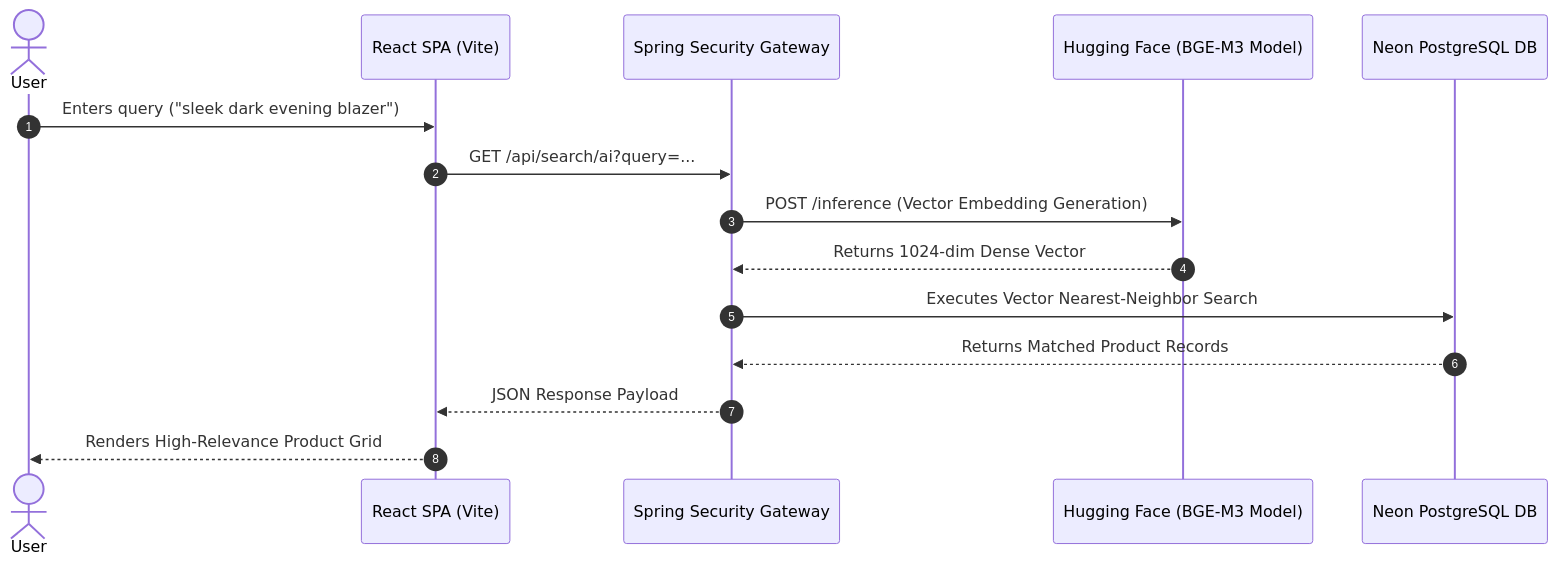
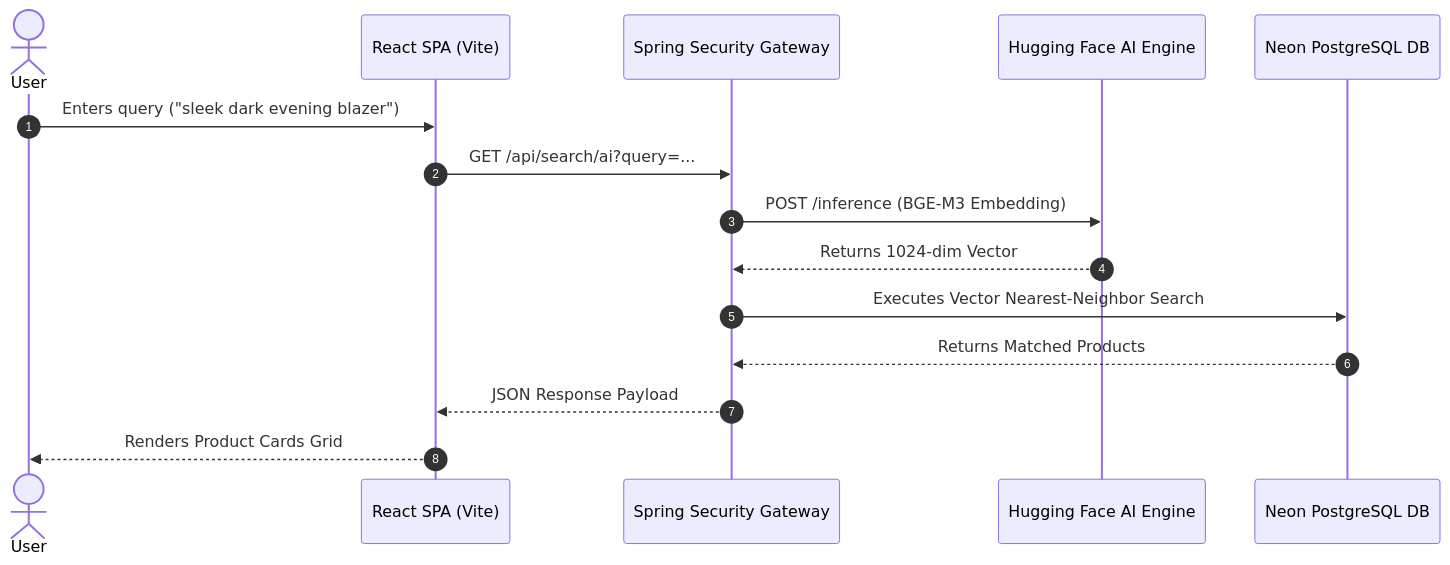
One commit to yazeed-aljihane/LUXZERA changed the second of 2 diagrams in README.md. Above: the diagram before and after it, drawn with Mermaid. The commit also changed other lines of this file, not shown here.

Commit message:
docs: simplify HLD diagram to ultra-clean, minimal left-to-right flow

````diff
--- a/README.md
+++ b/README.md
@@ -81,18 +53,18 @@
 ```mermaid
 sequenceDiagram
     autonumber
     actor User
     participant Frontend as React SPA (Vite)
     participant Gateway as Spring Security Gateway
-    participant AI as Hugging Face (BGE-M3 Model)
+    participant AI as Hugging Face AI Engine
     participant DB as Neon PostgreSQL DB
 
     User->>Frontend: Enters query ("sleek dark evening blazer")
     Frontend->>Gateway: GET /api/search/ai?query=...
-    Gateway->>AI: POST /inference (Vector Embedding Generation)
-    AI-->>Gateway: Returns 1024-dim Dense Vector
+    Gateway->>AI: POST /inference (BGE-M3 Embedding)
+    AI-->>Gateway: Returns 1024-dim Vector
     Gateway->>DB: Executes Vector Nearest-Neighbor Search
-    DB-->>Gateway: Returns Matched Product Records
+    DB-->>Gateway: Returns Matched Products
     Gateway-->>Frontend: JSON Response Payload
-    Frontend-->>User: Renders High-Relevance Product Grid
+    Frontend-->>User: Renders Product Cards Grid
 ```
````
